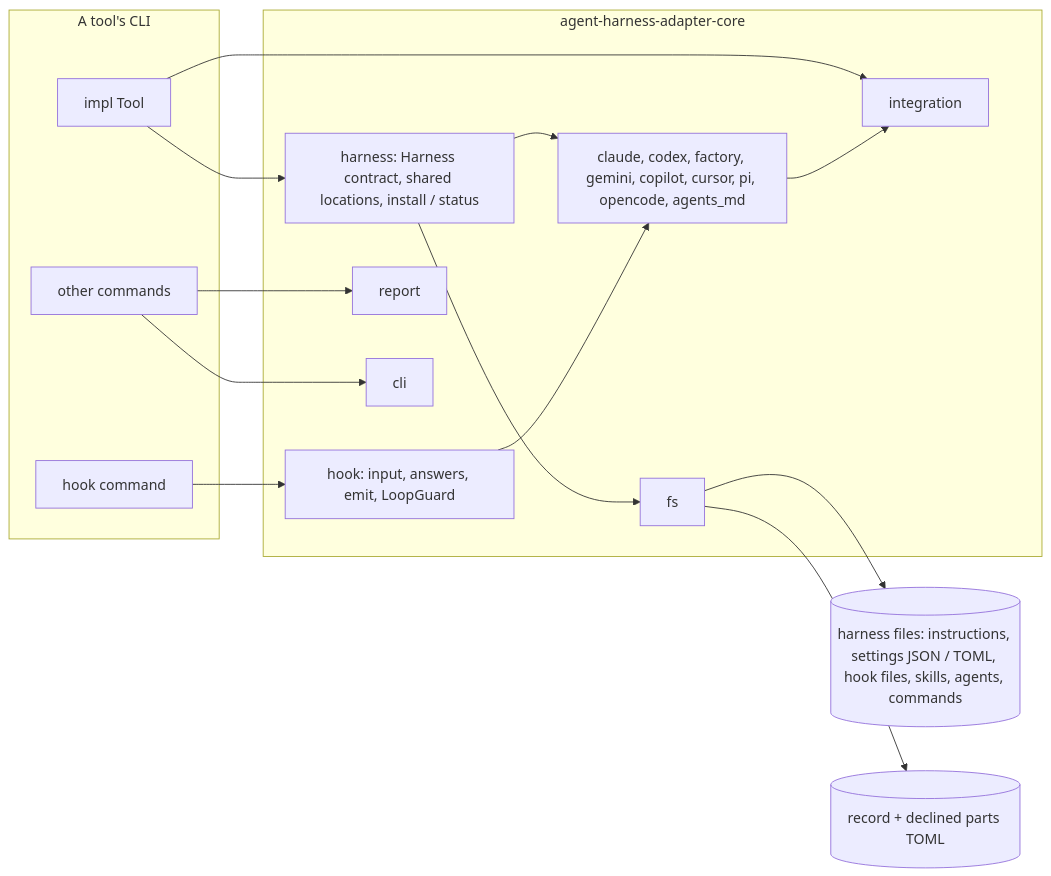
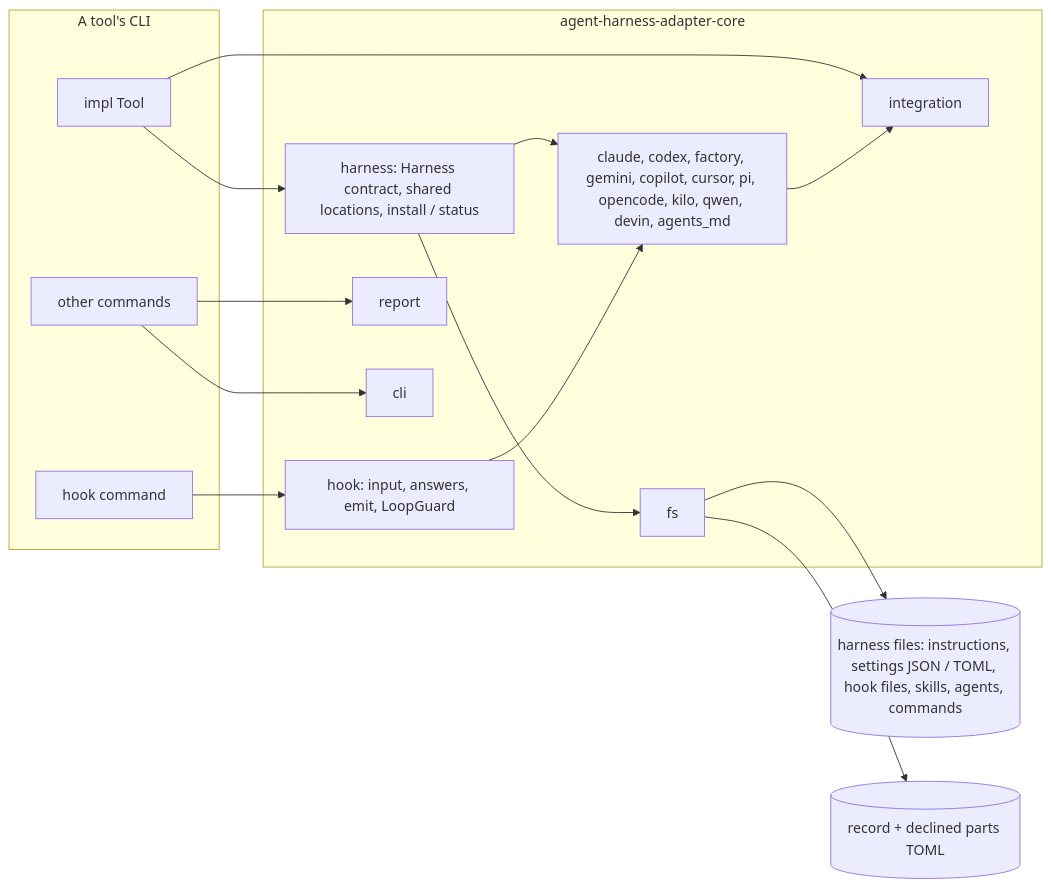
Before and after one commit to six5536/agent-harness-adapter: the first of 2 diagrams in .zen/specs/ARCHITECTURE.md, drawn with Mermaid. The commit also changed other lines of this file and 42 other files, not shown here.

Commit message:
feat: Qwen Code, Kilo Code and Devin harnesses (HAR-11..13, PLAN-015); OpenCode and Kilo share one plugin layout, Gemini and Qwen their settings; the plugin decides each stop once; agent checks for all three, Kilo passes A1-A10

````diff
--- a/.zen/specs/ARCHITECTURE.md
+++ b/.zen/specs/ARCHITECTURE.md
@@ -36,30 +36,30 @@
 ```mermaid
 flowchart LR
     subgraph Tool[A tool's CLI]
         ToolImpl[impl Tool]
         HookCmd[hook command]
         Cmds[other commands]
     end
     subgraph Core[agent-harness-adapter-core]
         Integration[integration]
         Harness[harness: Harness contract, shared locations, install / status]
-        Adapters[claude, codex, factory, gemini, copilot, cursor, pi, opencode, agents_md]
+        Adapters[claude, codex, factory, gemini, copilot, cursor, pi, opencode, kilo, qwen, devin, agents_md]
         Hook[hook: input, answers, emit, LoopGuard]
         Report[report]
         Cli[cli]
         Fs[fs]
     end
     Files[(harness files: instructions, settings JSON / TOML, hook files, skills, agents, commands)]
     Record[(record + declined parts TOML)]
     ToolImpl --> Integration
     ToolImpl --> Harness
     HookCmd --> Hook
     Cmds --> Report
     Cmds --> Cli
     Harness --> Adapters
     Adapters --> Integration
     Hook --> Adapters
     Harness --> Fs
     Fs --> Files
     Fs --> Record
 ```
````
